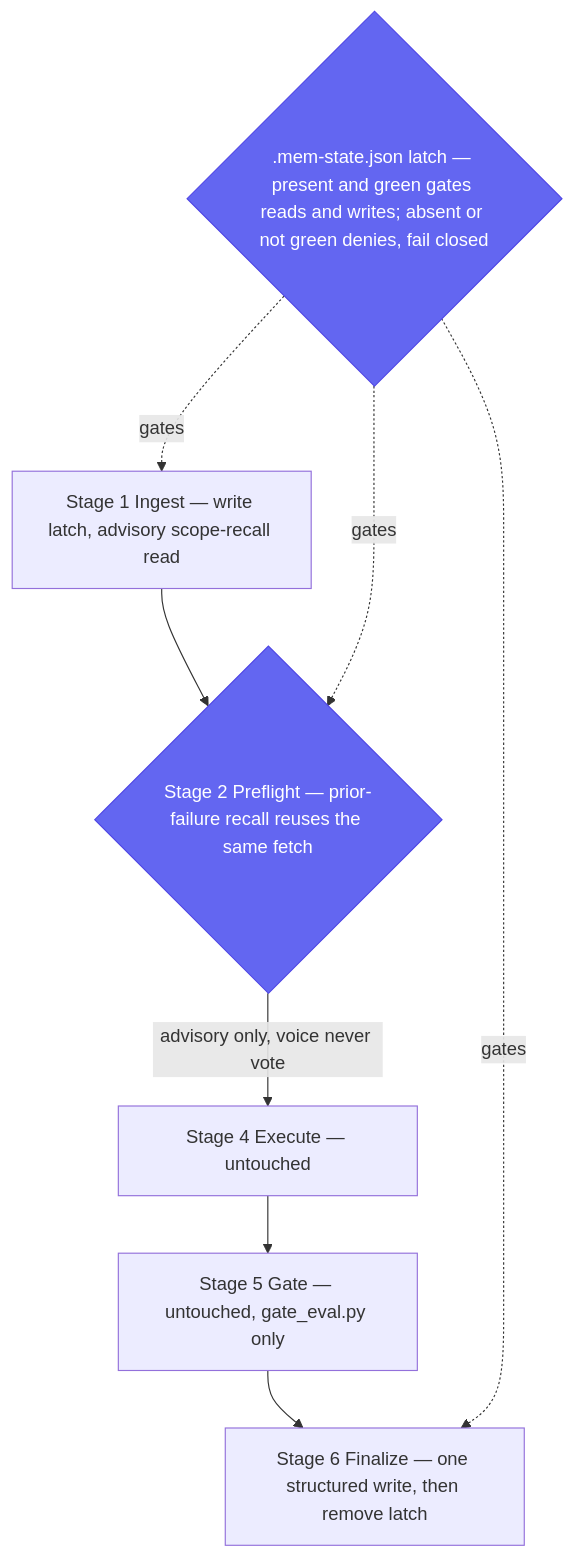
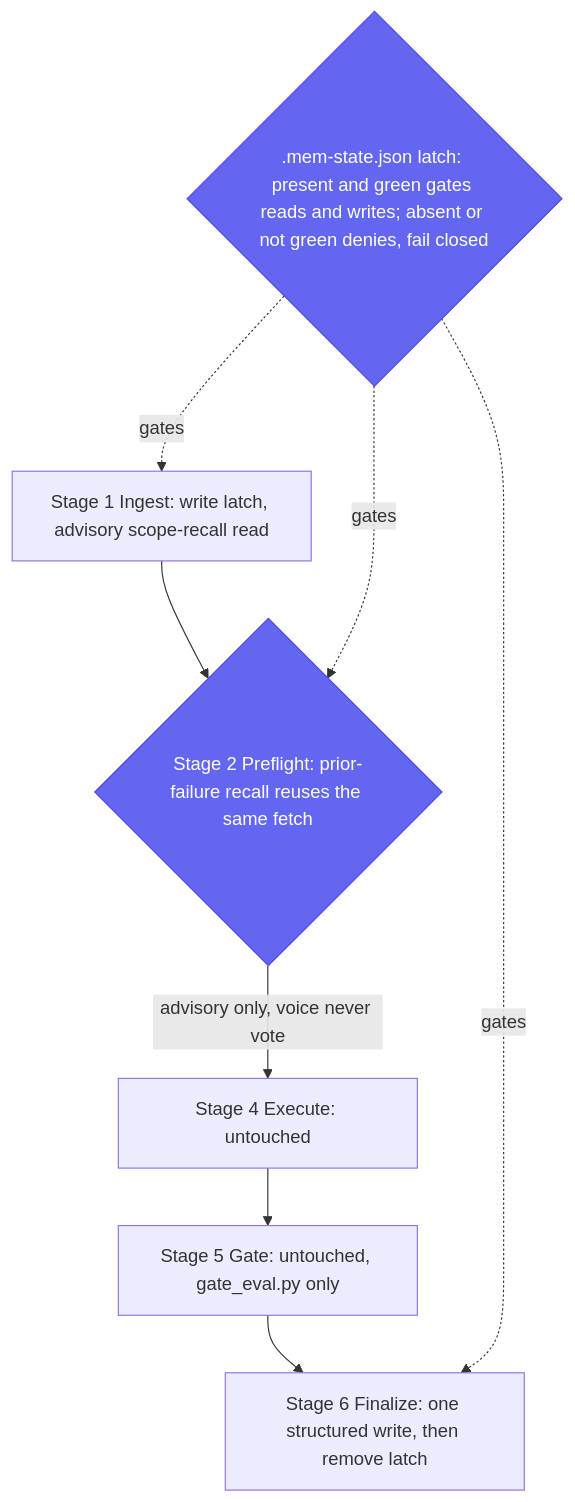
One commit to armelhbobdad/bmad-module-ultracode-goal changed the diagram in docs/cross-session-recall.md. Above: the diagram before and after it, drawn with Mermaid. The commit also changed other lines of this file and 21 other files, not shown here.

````diff
--- a/docs/cross-session-recall.md
+++ b/docs/cross-session-recall.md
@@ -24,15 +24,15 @@
 ```mermaid
 flowchart TD
-    I["Stage 1 Ingest — write latch, advisory scope-recall read"] --> P{"Stage 2 Preflight — prior-failure recall reuses the same fetch"}
-    P -->|"advisory only, voice never vote"| X["Stage 4 Execute — untouched"]
-    X --> G["Stage 5 Gate — untouched, gate_eval.py only"]
-    G --> F["Stage 6 Finalize — one structured write, then remove latch"]
+    I["Stage 1 Ingest: write latch, advisory scope-recall read"] --> P{"Stage 2 Preflight: prior-failure recall reuses the same fetch"}
+    P -->|"advisory only, voice never vote"| X["Stage 4 Execute: untouched"]
+    X --> G["Stage 5 Gate: untouched, gate_eval.py only"]
+    G --> F["Stage 6 Finalize: one structured write, then remove latch"]
 
-    LATCH{".mem-state.json latch — present and green gates reads and writes; absent or not green denies, fail closed"}
+    LATCH{".mem-state.json latch: present and green gates reads and writes; absent or not green denies, fail closed"}
     LATCH -.->|"gates"| I
     LATCH -.->|"gates"| P
     LATCH -.->|"gates"| F
 
     classDef gate fill:#6366F1,stroke:#4F46E5,color:#fff
     class P,LATCH gate
 ```
````
